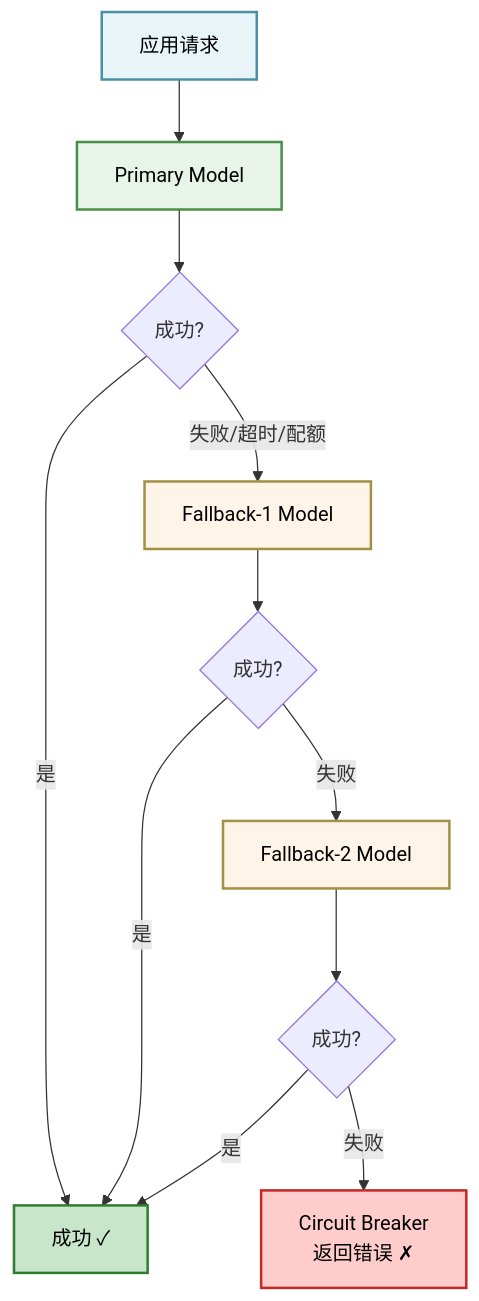
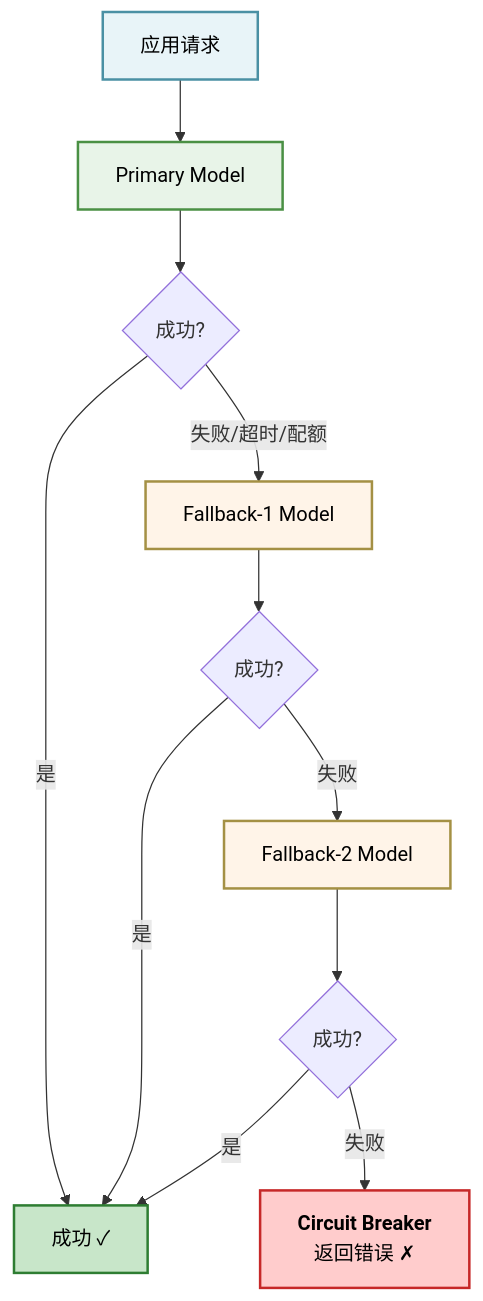
The first of 2 diagrams in 07_model_integration/7.1_model_abstraction.md (yeasy/harness_engineering_guide), drawn with Mermaid before and after one commit. The commit also changed 26 other files, not shown here.

Commit message:
Add bold titles to Mermaid diagram nodes

````diff
--- a/07_model_integration/7.1_model_abstraction.md
+++ b/07_model_integration/7.1_model_abstraction.md
@@ -77,20 +77,20 @@
 ```mermaid
 flowchart TD
     A["应用请求"] --> B["Primary Model"]
     B --> C{成功?}
     C -->|是| D["成功 ✓"]
     C -->|失败/超时/配额| E["Fallback-1 Model"]
     E --> F{成功?}
     F -->|是| D
     F -->|失败| G["Fallback-2 Model"]
     G --> H{成功?}
     H -->|是| D
-    H -->|失败| I["Circuit Breaker<br/>返回错误 ✗"]
+    H -->|失败| I["<b>Circuit Breaker</b><br/>返回错误 ✗"]
 
     style A fill:#e8f4f8,stroke:#4a90a4,stroke-width:2px,color:#000000
     style B fill:#e8f4e8,stroke:#4a9044,stroke-width:2px,color:#000000
     style E fill:#fff4e8,stroke:#a49044,stroke-width:2px,color:#000000
     style G fill:#fff4e8,stroke:#a49044,stroke-width:2px,color:#000000
     style D fill:#c8e6c9,stroke:#2e7d32,stroke-width:2px,color:#000000
     style I fill:#ffcccc,stroke:#c62828,stroke-width:2px,color:#000000
 ```
````
